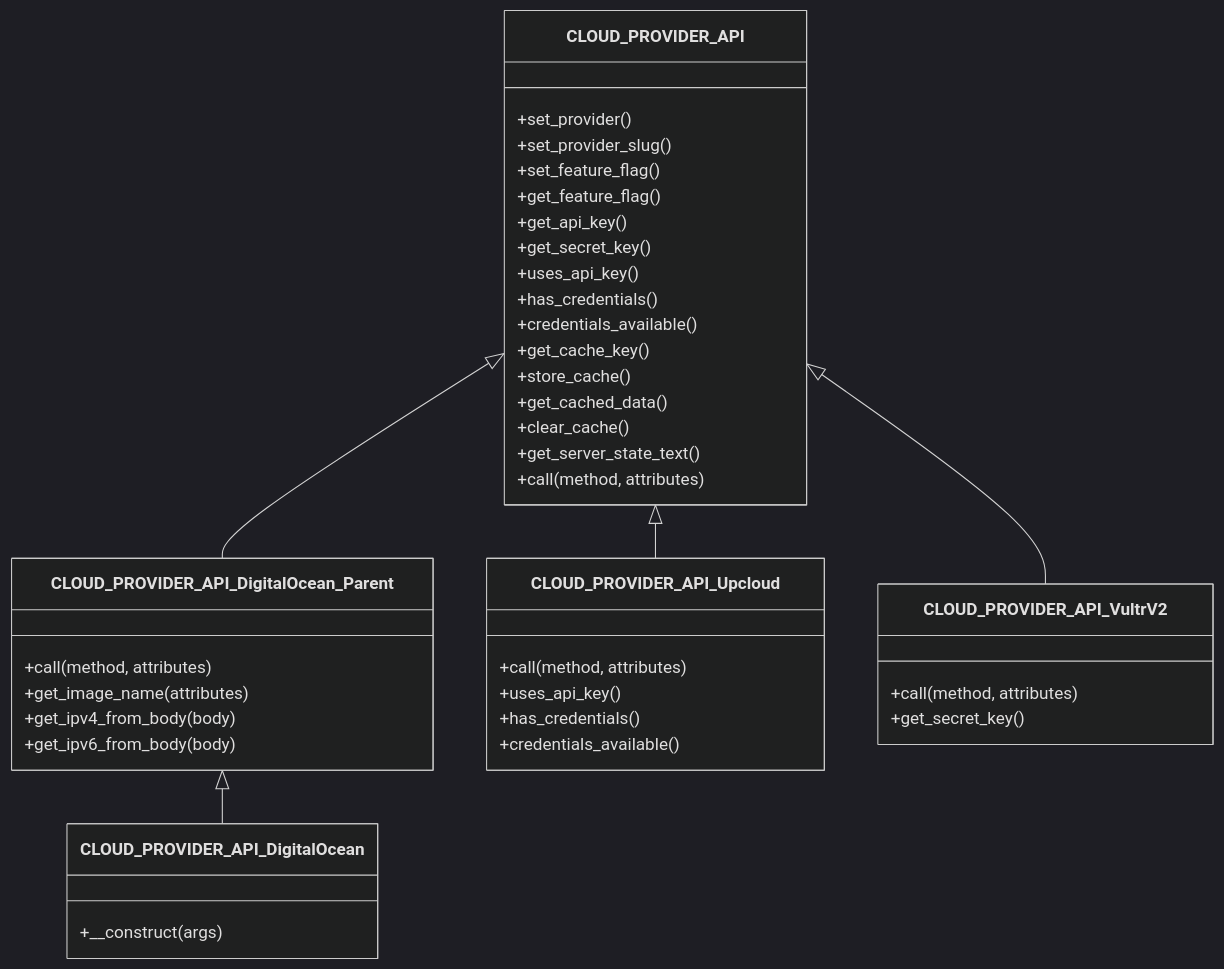
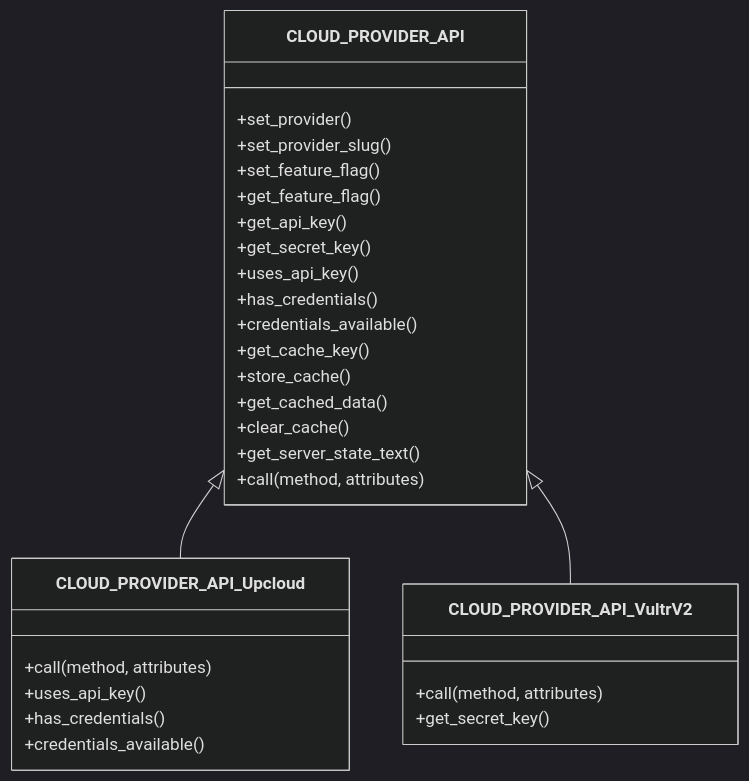
One commit to onedogsolutions/simple-stack changed the second of 7 diagrams in .qoder/repowiki/en/content/Cloud Provider Integration/Provider Abstraction Layer.md. Above: the diagram before and after it, drawn with Mermaid (dark theme). The commit also changed other lines of this file and 5941 other files, not shown here.

````diff
--- a/.qoder/repowiki/en/content/Cloud Provider Integration/Provider Abstraction Layer.md
+++ b/.qoder/repowiki/en/content/Cloud Provider Integration/Provider Abstraction Layer.md
@@ -100,43 +93,32 @@
 ```mermaid
 classDiagram
 class CLOUD_PROVIDER_API {
 +set_provider()
 +set_provider_slug()
 +set_feature_flag()
 +get_feature_flag()
 +get_api_key()
 +get_secret_key()
 +uses_api_key()
 +has_credentials()
 +credentials_available()
 +get_cache_key()
 +store_cache()
 +get_cached_data()
 +clear_cache()
 +get_server_state_text()
 +call(method, attributes)
 }
-class CLOUD_PROVIDER_API_DigitalOcean_Parent {
-+call(method, attributes)
-+get_image_name(attributes)
-+get_ipv4_from_body(body)
-+get_ipv6_from_body(body)
-}
-class CLOUD_PROVIDER_API_DigitalOcean {
-+__construct(args)
-}
 class CLOUD_PROVIDER_API_Upcloud {
 +call(method, attributes)
 +uses_api_key()
 +has_credentials()
 +credentials_available()
 }
 class CLOUD_PROVIDER_API_VultrV2 {
 +call(method, attributes)
 +get_secret_key()
 }
-CLOUD_PROVIDER_API <|-- CLOUD_PROVIDER_API_DigitalOcean_Parent
-CLOUD_PROVIDER_API_DigitalOcean_Parent <|-- CLOUD_PROVIDER_API_DigitalOcean
 CLOUD_PROVIDER_API <|-- CLOUD_PROVIDER_API_Upcloud
 CLOUD_PROVIDER_API <|-- CLOUD_PROVIDER_API_VultrV2
 ```
````
